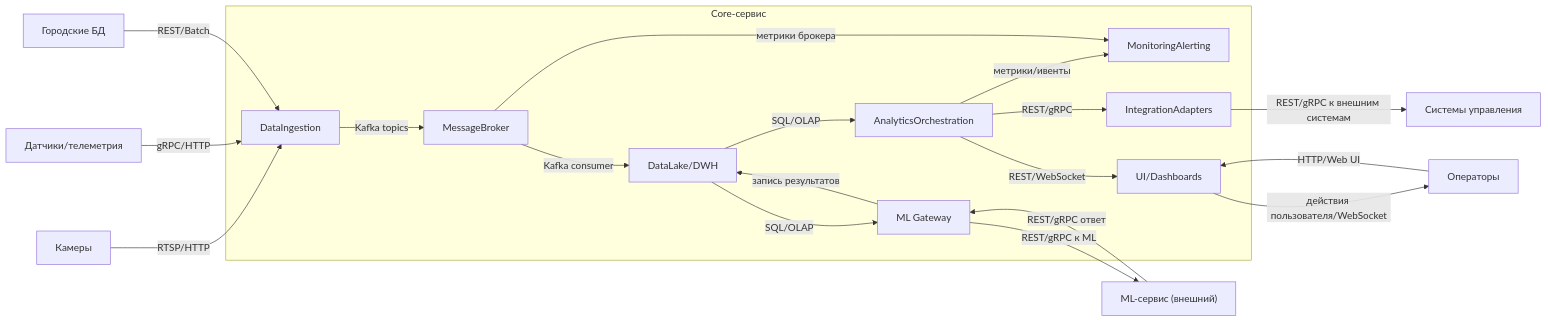
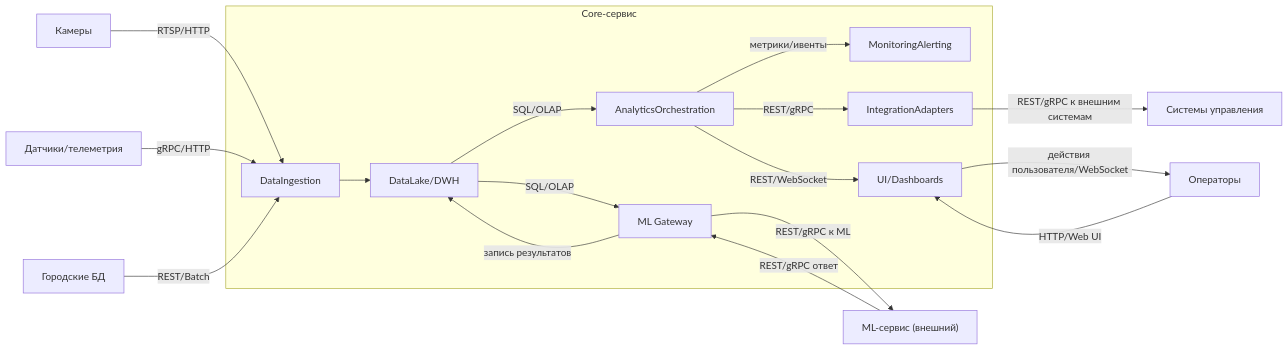
Before and after one commit to Phund4/its-project: the second of 2 diagrams in readme.md, drawn with Mermaid. The commit also changed other lines of this file, not shown here.

````diff
--- a/readme.md
+++ b/readme.md
@@ -297,41 +296,38 @@
 ```mermaid
 flowchart LR
   extCameras["Камеры"]
   extSensors["Датчики/телеметрия"]
   extCityDB["Городские БД"]
 
   subgraph core ["Core-сервис"]
     dataIngest["DataIngestion"]
-    broker["MessageBroker"]
     dataLake["DataLake/DWH"]
     mlGateway["ML Gateway"]
     analytics["AnalyticsOrchestration"]
     monitoring["MonitoringAlerting"]
     ui["UI/Dashboards"]
     adapters["IntegrationAdapters"]
   end
 
   mlService["ML-сервис (внешний)"]
   trafficCtrl["Системы управления"]
   operators["Операторы"]
 
   extCameras -->|"RTSP/HTTP"| dataIngest
   extSensors -->|"gRPC/HTTP"| dataIngest
   extCityDB -->|"REST/Batch"| dataIngest
 
-  dataIngest -->|"Kafka topics"| broker
-  broker -->|"Kafka consumer"| dataLake
+  dataIngest --> dataLake
   dataLake -->|"SQL/OLAP"| mlGateway
   mlGateway -->|"REST/gRPC к ML"| mlService
   mlService -->|"REST/gRPC ответ"| mlGateway
   mlGateway -->|"запись результатов"| dataLake
   dataLake -->|"SQL/OLAP"| analytics
   analytics -->|"REST/gRPC"| adapters
   analytics -->|"REST/WebSocket"| ui
 
   adapters -->|"REST/gRPC к внешним системам"| trafficCtrl
   operators -->|"HTTP/Web UI"| ui
   ui -->|"действия пользователя/WebSocket"| operators
   analytics -->|"метрики/ивенты"| monitoring
-  broker -->|"метрики брокера"| monitoring
 ```
````
